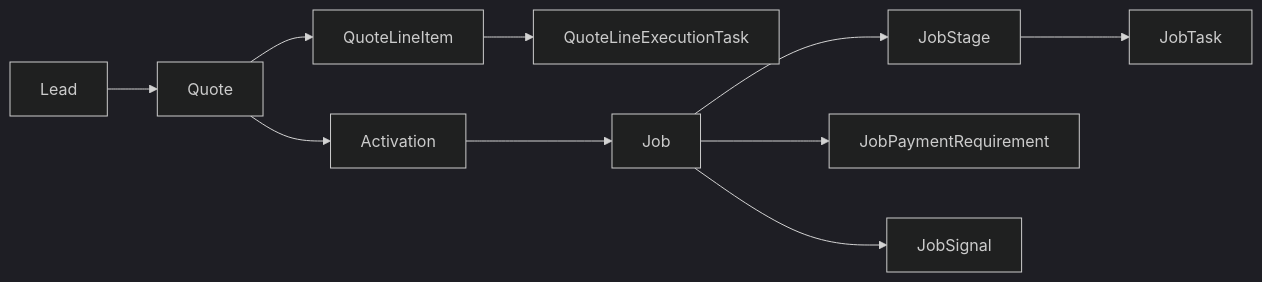
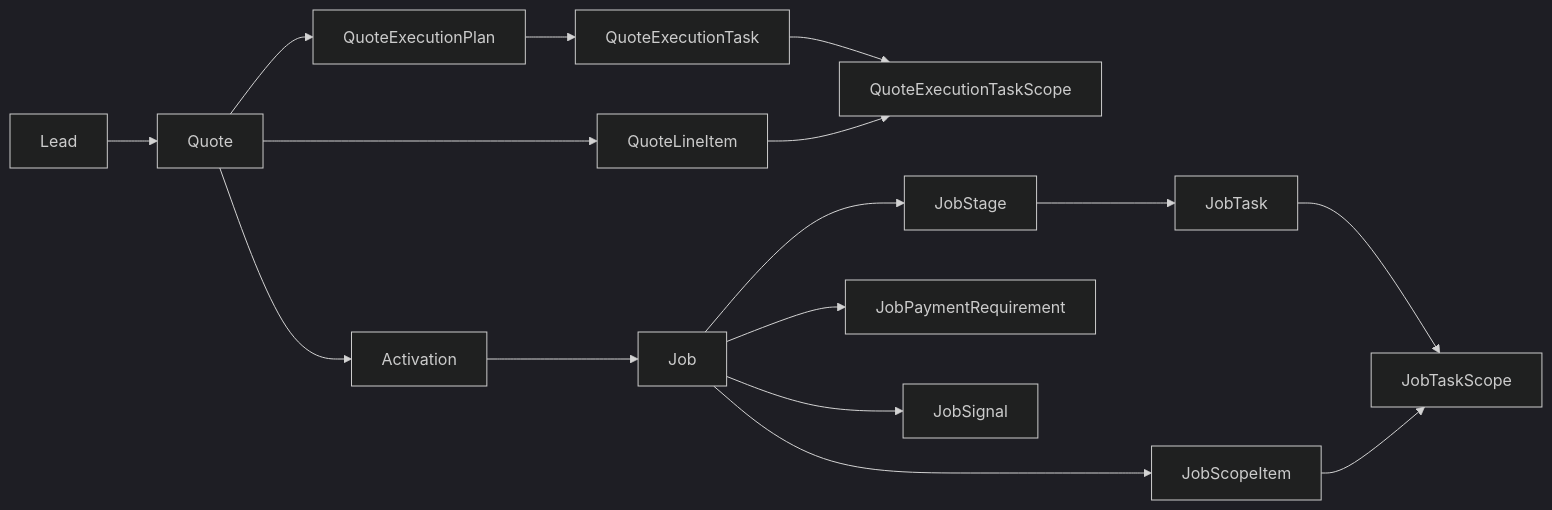
The diagram in docs/canon/execution-engine-canon.md (codyjay831/struxient-v5), drawn with Mermaid (dark theme) before and after one commit. The commit also changed other lines of this file and 57 other files, not shown here.

First line of the commit message:
Add whole-quote execution plan with scope revisions and activation wiring.

````diff
--- a/docs/canon/execution-engine-canon.md
+++ b/docs/canon/execution-engine-canon.md
@@ -20,12 +20,18 @@
 ```mermaid
 flowchart LR
   Lead --> Quote
   Quote --> QuoteLineItem
-  QuoteLineItem --> QuoteLineExecutionTask
+  Quote --> QuoteExecutionPlan
+  QuoteExecutionPlan --> QuoteExecutionTask
+  QuoteExecutionTask --> QuoteExecutionTaskScope
+  QuoteLineItem --> QuoteExecutionTaskScope
   Quote --> Activation
   Activation --> Job
   Job --> JobStage
+  Job --> JobScopeItem
   JobStage --> JobTask
+  JobTask --> JobTaskScope
+  JobScopeItem --> JobTaskScope
   Job --> JobPaymentRequirement
   Job --> JobSignal
 ```
````
